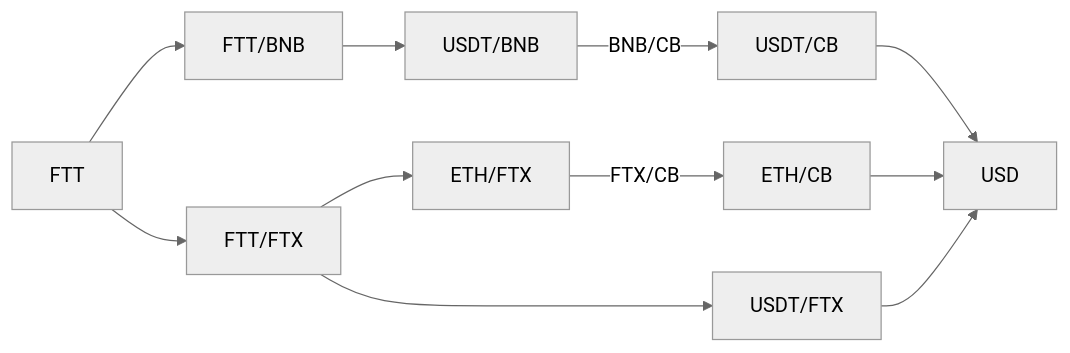
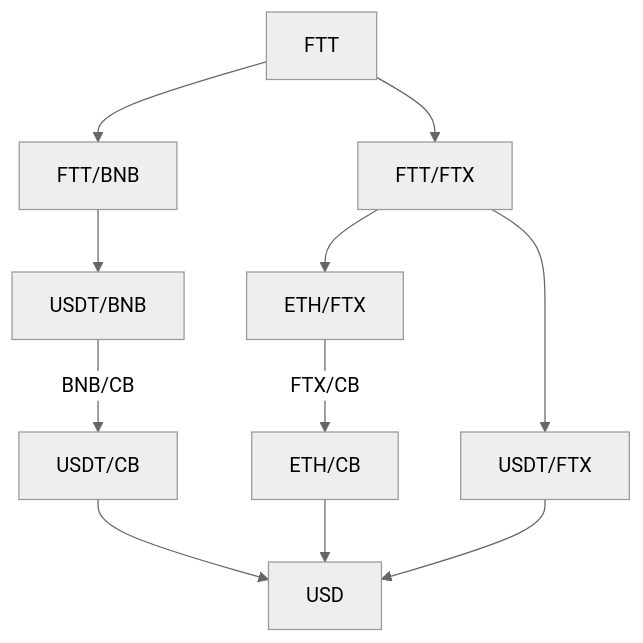
The second of 2 diagrams in ubuntu_os.md (Ramzgate/node_setup), drawn with Mermaid (neutral theme) before and after one commit.

Commit message:
ubuntu install instructions

````diff
--- a/ubuntu_os.md
+++ b/ubuntu_os.md
@@ -78,13 +78,13 @@
 ```mermaid
-graph LR
+graph TD
   A[FTT] --> B[FTT/BNB]
   B --> C[USDT/BNB]
   C -->|BNB/CB| D[USDT/CB]
   D --> E[USD]
   A --> F[FTT/FTX]
   F --> G[ETH/FTX]
   G --> |FTX/CB| H[ETH/CB]
   H --> E
   F --> I[USDT/FTX]
   I --> E
 ```
````
